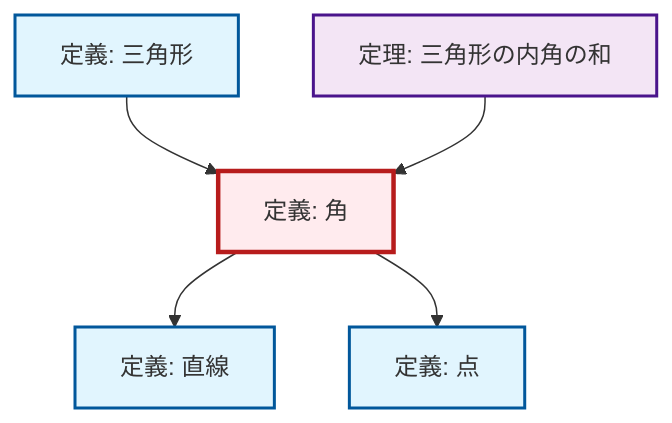
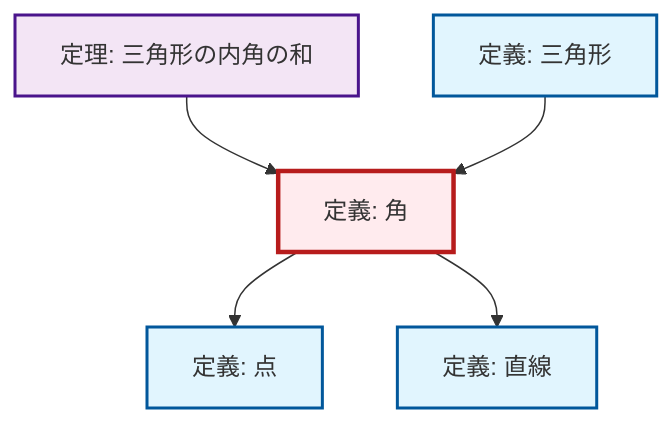
The diagram in content/ja/geometry/def-angle.qmd (RK0429/ModernMath), drawn with Mermaid before and after one commit. The commit also changed other lines of this file and 328 other files, not shown here.

````diff
--- a/content/ja/geometry/def-angle.qmd
+++ b/content/ja/geometry/def-angle.qmd
@@ -50,23 +50,23 @@
 ```{mermaid}
 %%| fig-cap: "ローカル依存関係グラフ"
 graph TD
     classDef definition fill:#e1f5fe,stroke:#01579b,stroke-width:2px
     classDef theorem fill:#f3e5f5,stroke:#4a148c,stroke-width:2px
     classDef axiom fill:#fff3e0,stroke:#e65100,stroke-width:2px
     classDef example fill:#e8f5e9,stroke:#1b5e20,stroke-width:2px
     classDef current fill:#ffebee,stroke:#b71c1c,stroke-width:3px
+    def-angle["定義: 角"]:::definition
+    thm-angle-sum-triangle["定理: 三角形の内角の和"]:::theorem
+    def-line["定義: 直線"]:::definition
+    def-point["定義: 点"]:::definition
     def-triangle["定義: 三角形"]:::definition
-    def-line["定義: 直線"]:::definition
-    def-angle["定義: 角"]:::definition
-    def-point["定義: 点"]:::definition
-    thm-angle-sum-triangle["定理: 三角形の内角の和"]:::theorem
+    thm-angle-sum-triangle --> def-angle
+    def-angle --> def-point
+    def-triangle --> def-angle
     def-angle --> def-line
-    def-triangle --> def-angle
-    def-angle --> def-point
-    thm-angle-sum-triangle --> def-angle
     class def-angle current
-    click def-triangle "def-triangle.html" "三角形の定義へ"
+    click thm-angle-sum-triangle "thm-angle-sum-triangle.html" "三角形の内角の和の定理へ"
     click def-line "def-line.html" "直線の定義へ"
     click def-point "def-point.html" "点の定義へ"
-    click thm-angle-sum-triangle "thm-angle-sum-triangle.html" "三角形の内角の和の定理へ"
+    click def-triangle "def-triangle.html" "三角形の定義へ"
 ```
````
